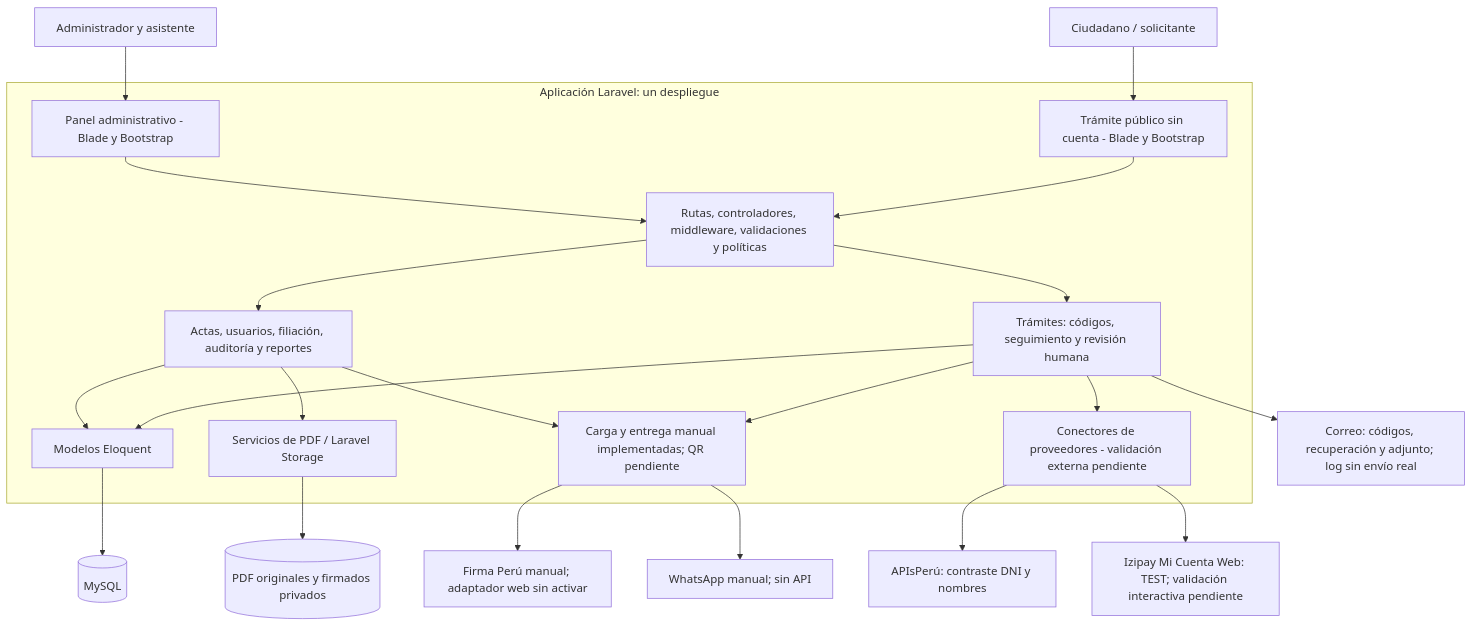
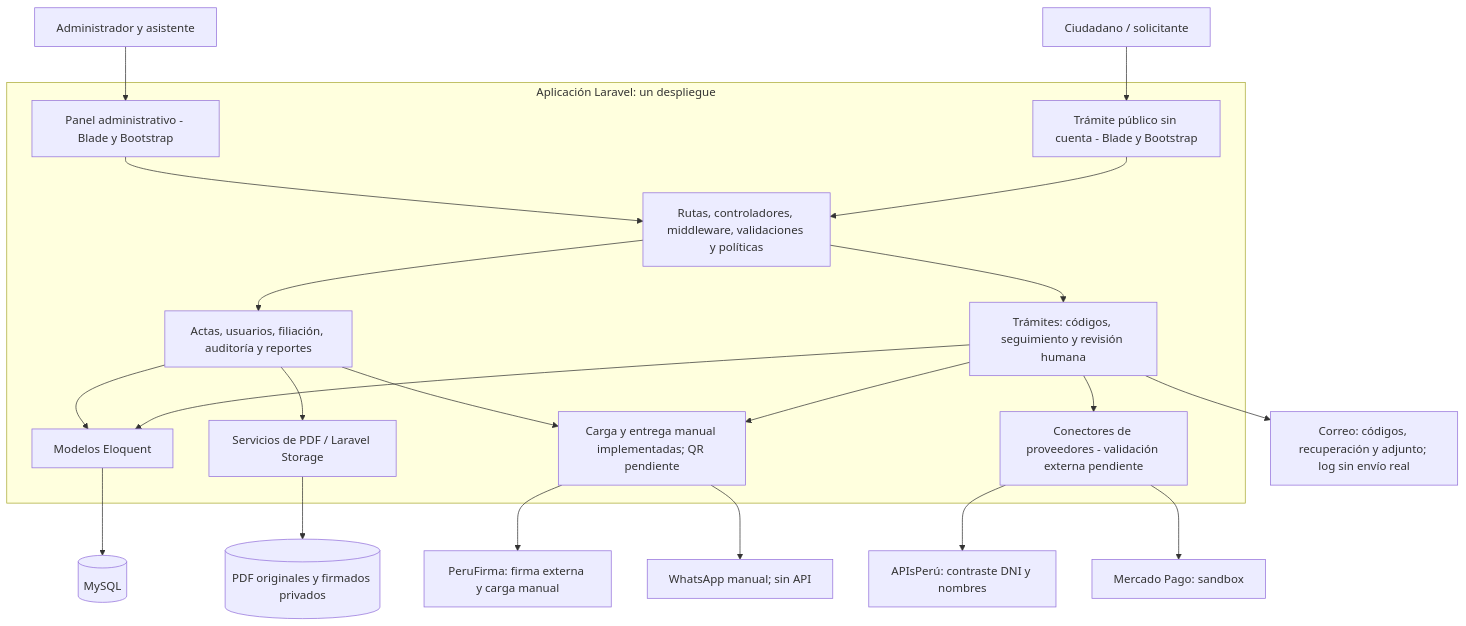
The diagram in arquitectura/arquitectura-inicial.md (DeyviQC/RegistroCivil_arquiSoft_Quispe-02), drawn with Mermaid before and after one commit. The commit also changed other lines of this file and 18 other files, not shown here.

````diff
--- a/arquitectura/arquitectura-inicial.md
+++ b/arquitectura/arquitectura-inicial.md
@@ -11,35 +11,35 @@
 ```mermaid
 flowchart TD
     Personal["Administrador y asistente"]
     Ciudadano["Ciudadano / solicitante"]
     subgraph Laravel["Aplicación Laravel: un despliegue"]
         Panel["Panel administrativo - Blade y Bootstrap"]
         Portal["Trámite público sin cuenta - Blade y Bootstrap"]
         Control["Rutas, controladores, middleware, validaciones y políticas"]
         Archivo["Actas, usuarios, filiación, auditoría y reportes"]
         Tramites["Trámites: códigos, seguimiento y revisión humana"]
         Conectores["Conectores de proveedores - validación externa pendiente"]
         Modelos["Modelos Eloquent"]
         Archivos["Servicios de PDF / Laravel Storage"]
         Futuro["Carga y entrega manual implementadas; QR pendiente"]
         Panel --> Control
         Portal --> Control
         Control --> Archivo
         Control --> Tramites
         Tramites --> Conectores
         Archivo --> Modelos
         Tramites --> Modelos
         Archivo --> Archivos
         Archivo --> Futuro
         Tramites --> Futuro
     end
     Personal --> Panel
     Ciudadano --> Portal
     Modelos --> MySQL[("MySQL")]
     Archivos --> Privado[("PDF originales y firmados privados")]
     Tramites --> Correo["Correo: códigos, recuperación y adjunto; log sin envío real"]
     Conectores --> APIs["APIsPerú: contraste DNI y nombres"]
-    Conectores --> Izipay["Izipay Mi Cuenta Web: TEST; validación interactiva pendiente"]
-    Futuro --> DNIe["Firma Perú manual; adaptador web sin activar"]
+    Conectores --> MercadoPago["Mercado Pago: sandbox"]
+    Futuro --> PeruFirma["PeruFirma: firma externa y carga manual"]
     Futuro --> WhatsApp["WhatsApp manual; sin API"]
 ```
````
